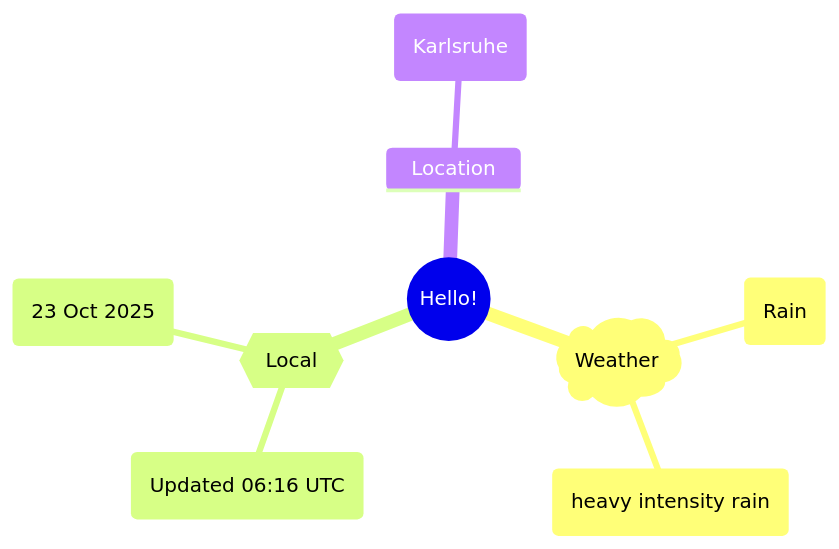
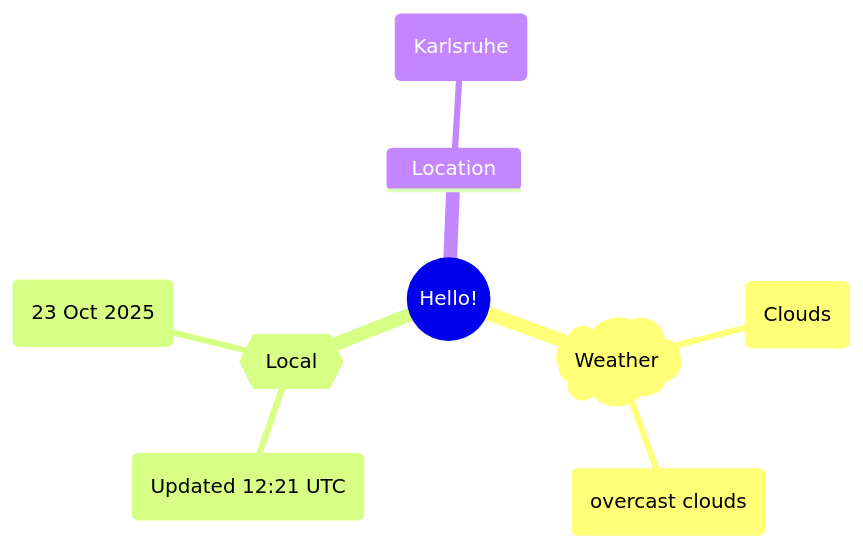
Before and after one commit to Xosrov/Xosrov: the first of 2 diagrams in README.md, drawn with Mermaid.

Commit message:
[bot] updated images

````diff
--- a/README.md
+++ b/README.md
@@ -3,12 +3,12 @@
 ```mermaid
 mindmap
   root((Hello!))
     )Weather(
-        (Rain)
-        (heavy intensity rain)
+        (Clouds)
+        (overcast clouds)
     {{Local}}
-        (Updated 06:16 UTC)
+        (Updated 12:21 UTC)
         (23 Oct 2025)
     Location
         (Karlsruhe)
 ```
````
